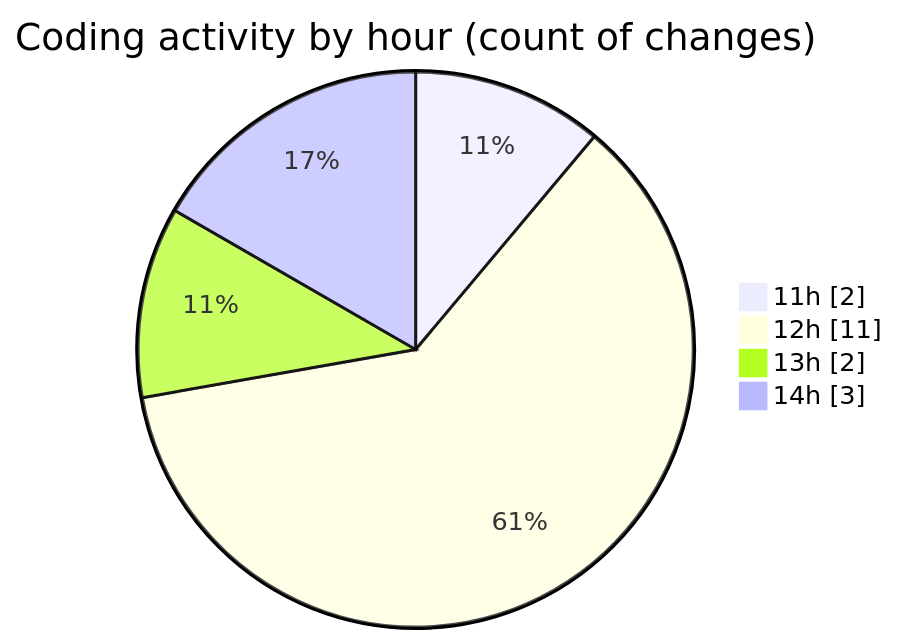
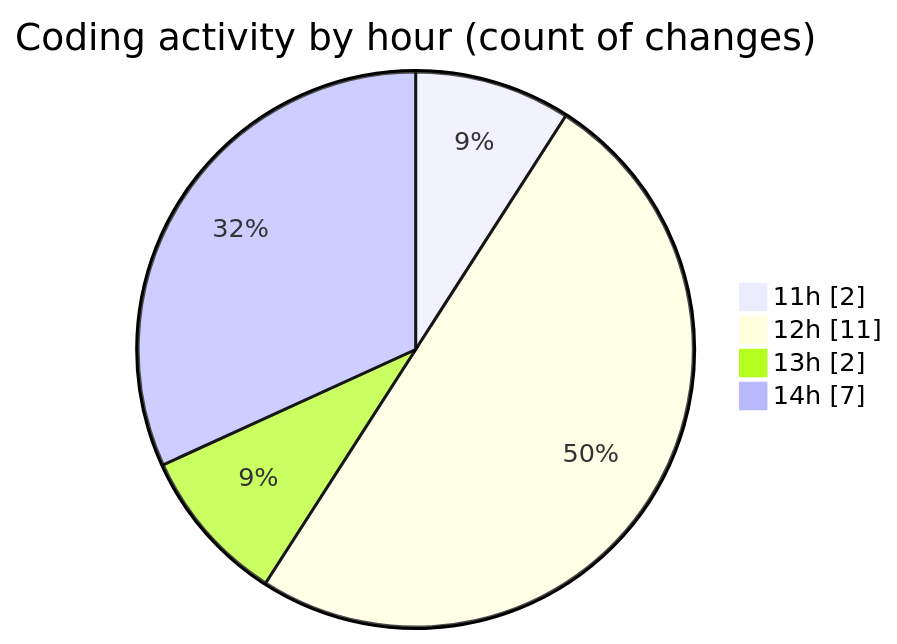
One commit to nxtqubesakshisongat/code-tracking changed the second of 2 diagrams in 2025-09-10/cashcalc/README.md. Above: the diagram before and after it, drawn with Mermaid. The commit also changed other lines of this file and 1 other file, not shown here.

````diff
--- a/2025-09-10/cashcalc/README.md
+++ b/2025-09-10/cashcalc/README.md
@@ -42,8 +43,8 @@
 ```mermaid
 pie showData
 title Coding activity by hour (count of changes)
 "11h" : 2
 "12h" : 11
 "13h" : 2
-"14h" : 3
+"14h" : 7
 ```
````
